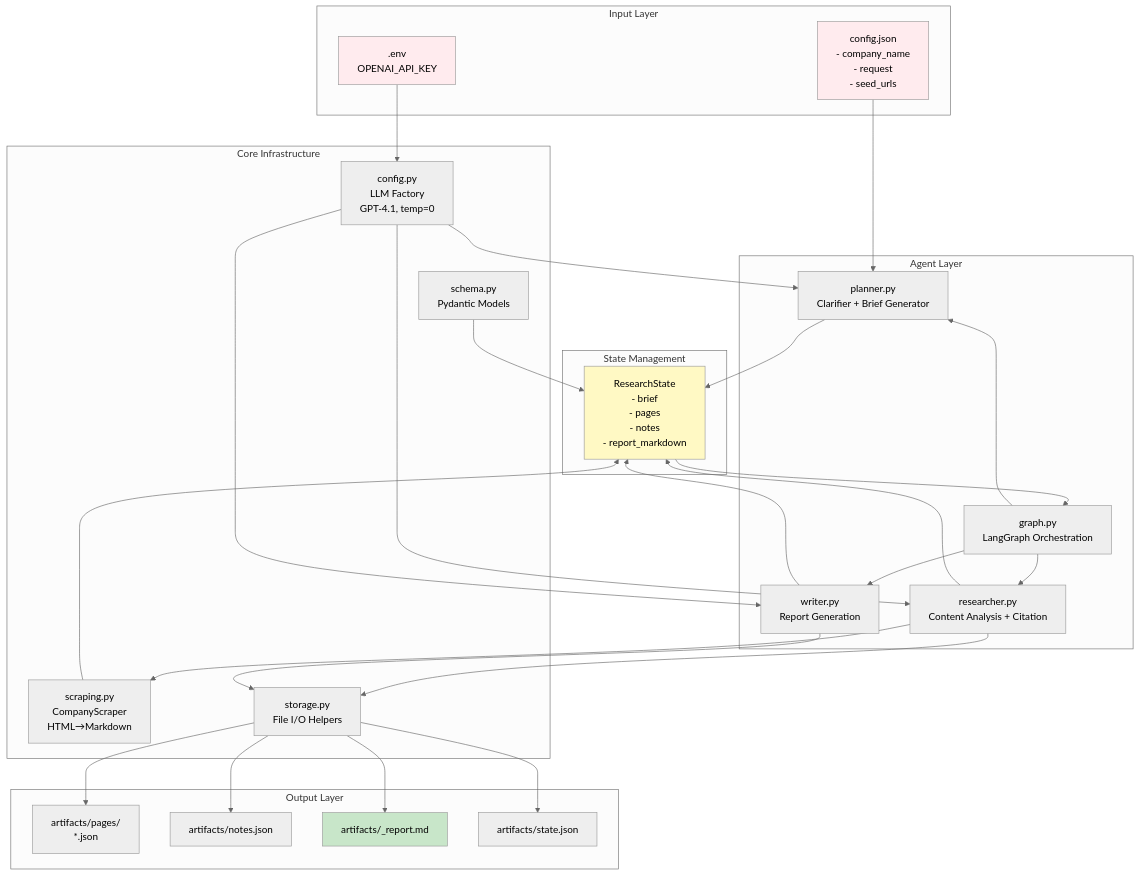
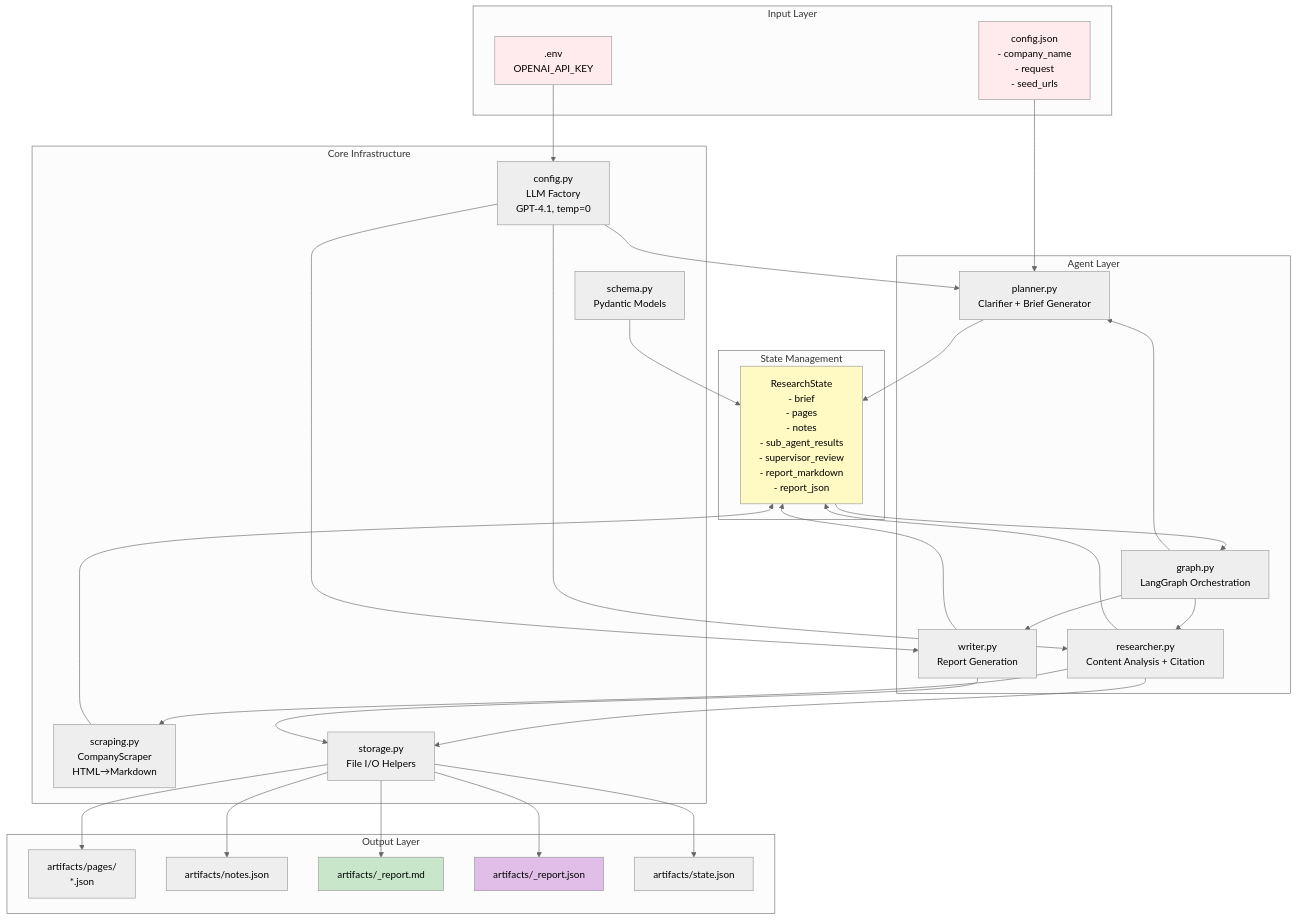
One commit to dvm81/deep changed the second of 5 diagrams in SYSTEM_ARCHITECTURE.md. Above: the diagram before and after it, drawn with Mermaid (neutral theme). The commit also changed other lines of this file and 1 other file, not shown here.

````diff
--- a/SYSTEM_ARCHITECTURE.md
+++ b/SYSTEM_ARCHITECTURE.md
@@ -40,62 +50,65 @@
 ```mermaid
 graph TB
     subgraph "Input Layer"
         Config[config.json<br/>- company_name<br/>- request<br/>- seed_urls]
         Env[.env<br/>OPENAI_API_KEY]
     end
 
     subgraph "Core Infrastructure"
         Schema[schema.py<br/>Pydantic Models]
         ConfigPy[config.py<br/>LLM Factory<br/>GPT-4.1, temp=0]
         Scraper[scraping.py<br/>CompanyScraper<br/>HTML→Markdown]
         Storage[storage.py<br/>File I/O Helpers]
     end
 
     subgraph "Agent Layer"
         Planner[planner.py<br/>Clarifier + Brief Generator]
         Researcher[researcher.py<br/>Content Analysis + Citation]
         Writer[writer.py<br/>Report Generation]
         GraphPy[graph.py<br/>LangGraph Orchestration]
     end
 
     subgraph "State Management"
-        ResearchState[ResearchState<br/>- brief<br/>- pages<br/>- notes<br/>- report_markdown]
+        ResearchState[ResearchState<br/>- brief<br/>- pages<br/>- notes<br/>- sub_agent_results<br/>- supervisor_review<br/>- report_markdown<br/>- report_json]
     end
 
     subgraph "Output Layer"
         Pages[artifacts/pages/<br/>*.json]
         Notes[artifacts/notes.json]
-        Report[artifacts/<company>_report.md]
+        ReportMD[artifacts/<company>_report.md]
+        ReportJSON[artifacts/<company>_report.json]
         State[artifacts/state.json]
     end
 
     Config --> Planner
     Env --> ConfigPy
     ConfigPy --> Planner
     ConfigPy --> Researcher
     ConfigPy --> Writer
 
     Schema --> ResearchState
     ResearchState --> GraphPy
 
     GraphPy --> Planner
     GraphPy --> Researcher
     GraphPy --> Writer
 
     Planner --> ResearchState
     Researcher --> Scraper
     Scraper --> ResearchState
     Researcher --> Storage
     Storage --> Pages
     Researcher --> ResearchState
     Writer --> ResearchState
     Writer --> Storage
-    Storage --> Report
+    Storage --> ReportMD
+    Storage --> ReportJSON
     Storage --> State
     Storage --> Notes
 
     style Config fill:#ffebee
     style Env fill:#ffebee
     style ResearchState fill:#fff9c4
-    style Report fill:#c8e6c9
+    style ReportMD fill:#c8e6c9
+    style ReportJSON fill:#e1bee7
 ```
````
